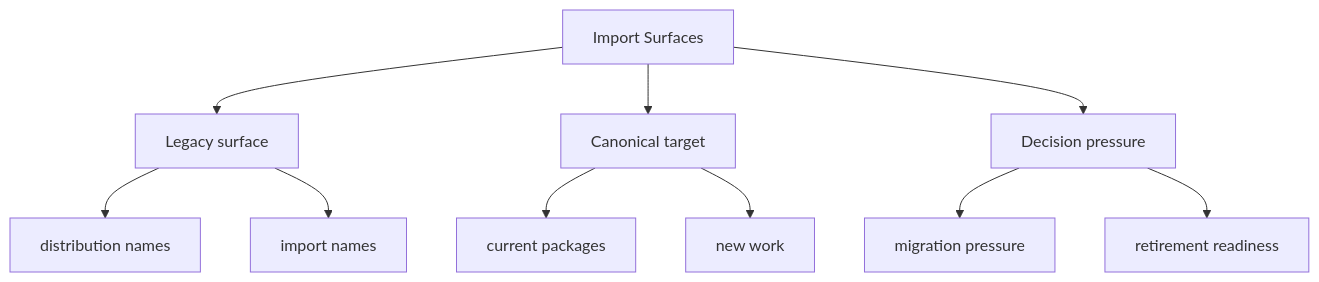
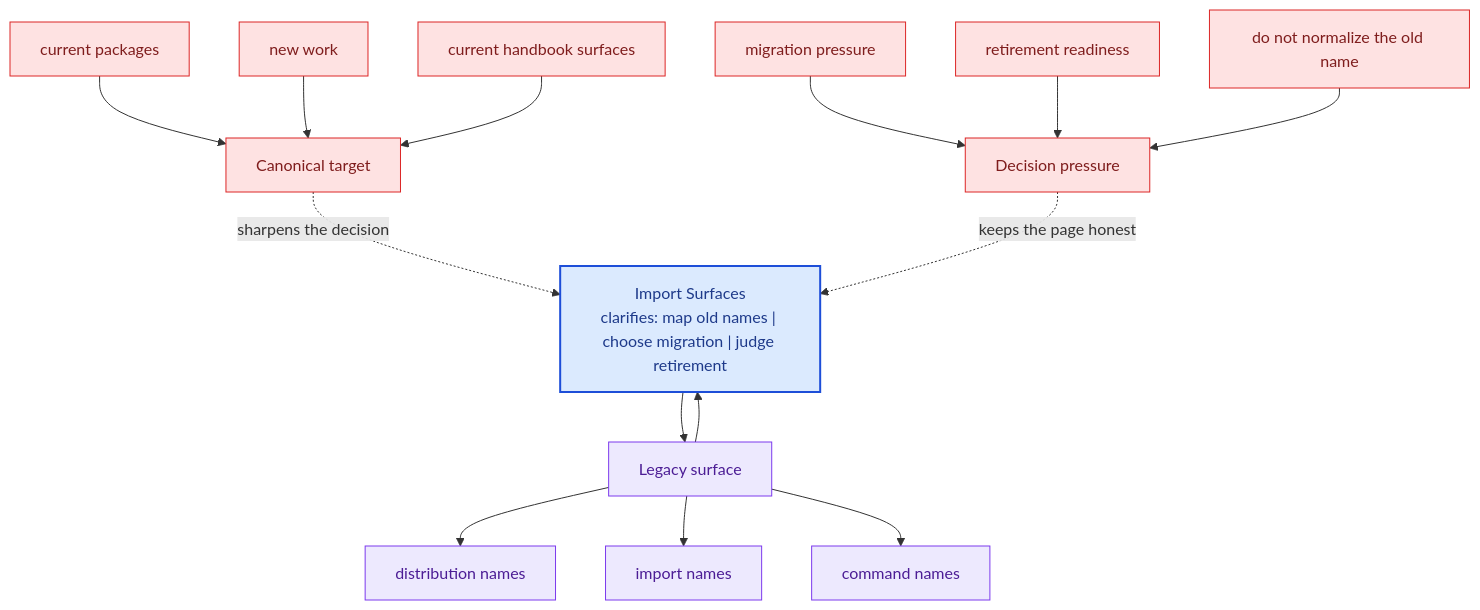
Before and after one commit to bijux/bijux-canon: the second of 2 diagrams in docs/compat-packages/import-surfaces.md, drawn with Mermaid. The commit also changed other lines of this file and 281 other files, not shown here.

Commit message:
docs(diagrams): deepen handbook mermaid maps across the catalog

````diff
--- a/docs/compat-packages/import-surfaces.md
+++ b/docs/compat-packages/import-surfaces.md
@@ -35,22 +68,40 @@
 ```mermaid
-flowchart TD
-    page["Import Surfaces"]
+flowchart TB
+    promise["Import Surfaces<br/>clarifies: map old names | choose migration | judge retirement"]
+    classDef promise fill:#dbeafe,stroke:#1d4ed8,color:#1e3a8a,stroke-width:2px;
+    classDef driver fill:#dcfce7,stroke:#16a34a,color:#14532d;
+    classDef constraint fill:#fee2e2,stroke:#dc2626,color:#7f1d1d;
+    classDef ground fill:#ede9fe,stroke:#7c3aed,color:#4c1d95;
     focus1["Legacy surface"]
-    page --> focus1
+    focus1 --> promise
+    promise --> focus1
     focus1_1["distribution names"]
     focus1 --> focus1_1
     focus1_2["import names"]
     focus1 --> focus1_2
+    focus1_3["command names"]
+    focus1 --> focus1_3
+    class focus1 ground;
+    class focus1_1,focus1_2,focus1_3 ground;
     focus2["Canonical target"]
-    page --> focus2
+    focus2 -.sharpens the decision.-> promise
     focus2_1["current packages"]
-    focus2 --> focus2_1
+    focus2_1 --> focus2
     focus2_2["new work"]
-    focus2 --> focus2_2
+    focus2_2 --> focus2
+    focus2_3["current handbook surfaces"]
+    focus2_3 --> focus2
+    class focus2 constraint;
+    class focus2_1,focus2_2,focus2_3 constraint;
     focus3["Decision pressure"]
-    page --> focus3
+    focus3 -.keeps the page honest.-> promise
     focus3_1["migration pressure"]
-    focus3 --> focus3_1
+    focus3_1 --> focus3
     focus3_2["retirement readiness"]
-    focus3 --> focus3_2
+    focus3_2 --> focus3
+    focus3_3["do not normalize the old name"]
+    focus3_3 --> focus3
+    class focus3 constraint;
+    class focus3_1,focus3_2,focus3_3 constraint;
+    class promise promise;
 ```
````
